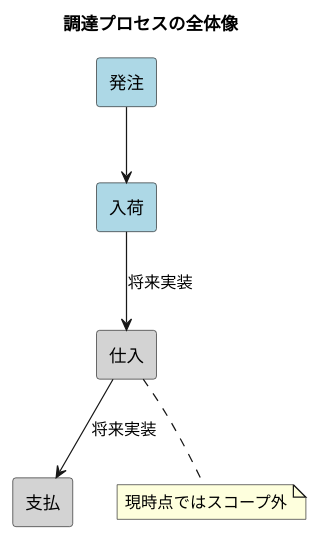
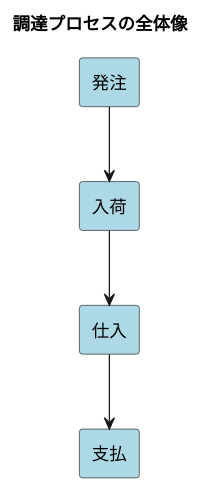
Before and after one commit to k2works/case-study-sales: the ninth of 21 diagrams in docs/article/chapter06.md, drawn with PlantUML. The commit also changed other lines of this file and 7 other files, not shown here.

````diff
--- a/docs/article/chapter06.md
+++ b/docs/article/chapter06.md
@@ -339,19 +562,15 @@
 ```plantuml
 @startuml
 title 調達プロセスの全体像
 
 rectangle "発注" as po #lightblue
 rectangle "入荷" as receive #lightblue
-rectangle "仕入" as purchase #lightgray
-rectangle "支払" as payment #lightgray
+rectangle "仕入" as purchase #lightblue
+rectangle "支払" as payment #lightblue
 
 po --> receive
-receive --> purchase : "将来実装"
-purchase --> payment : "将来実装"
-
-note bottom of purchase
-  現時点ではスコープ外
-end note
+receive --> purchase
+purchase --> payment
 
 @enduml
 ```
````
